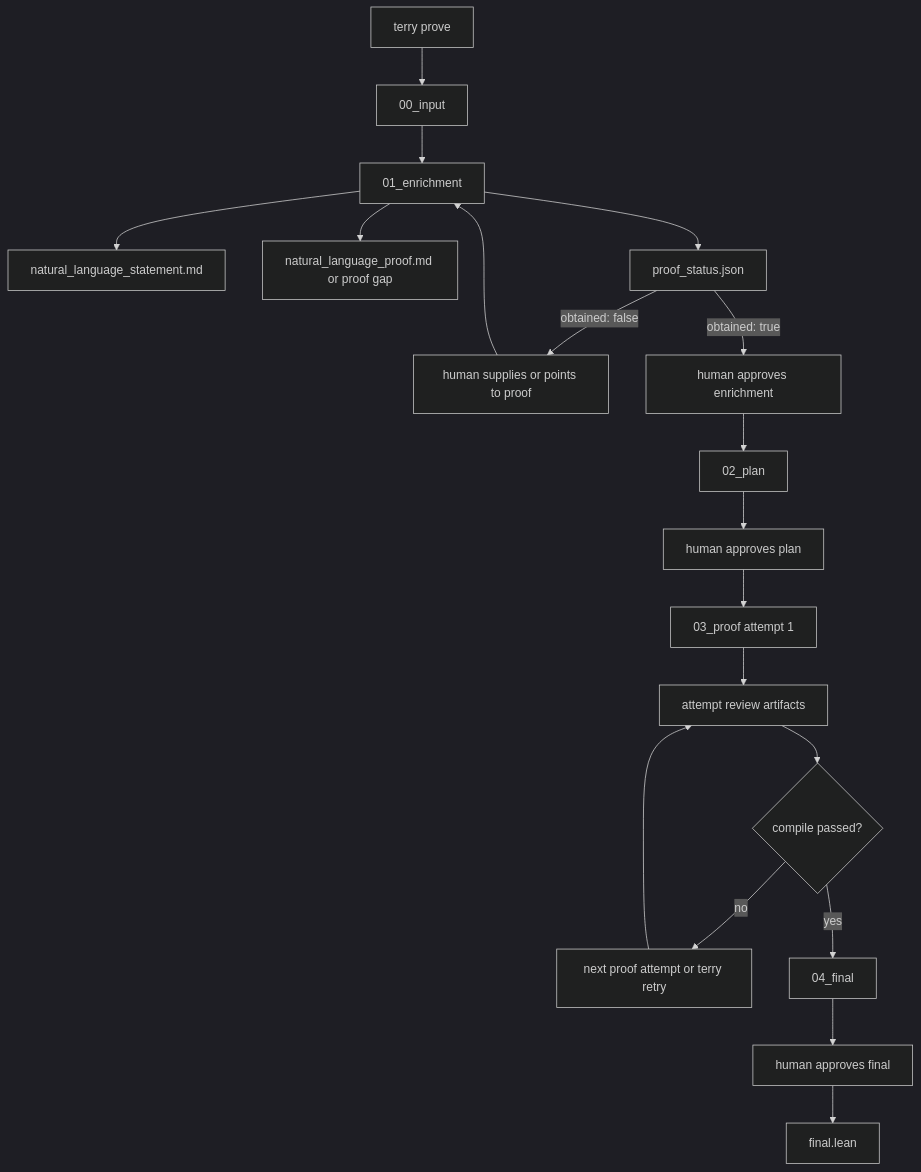
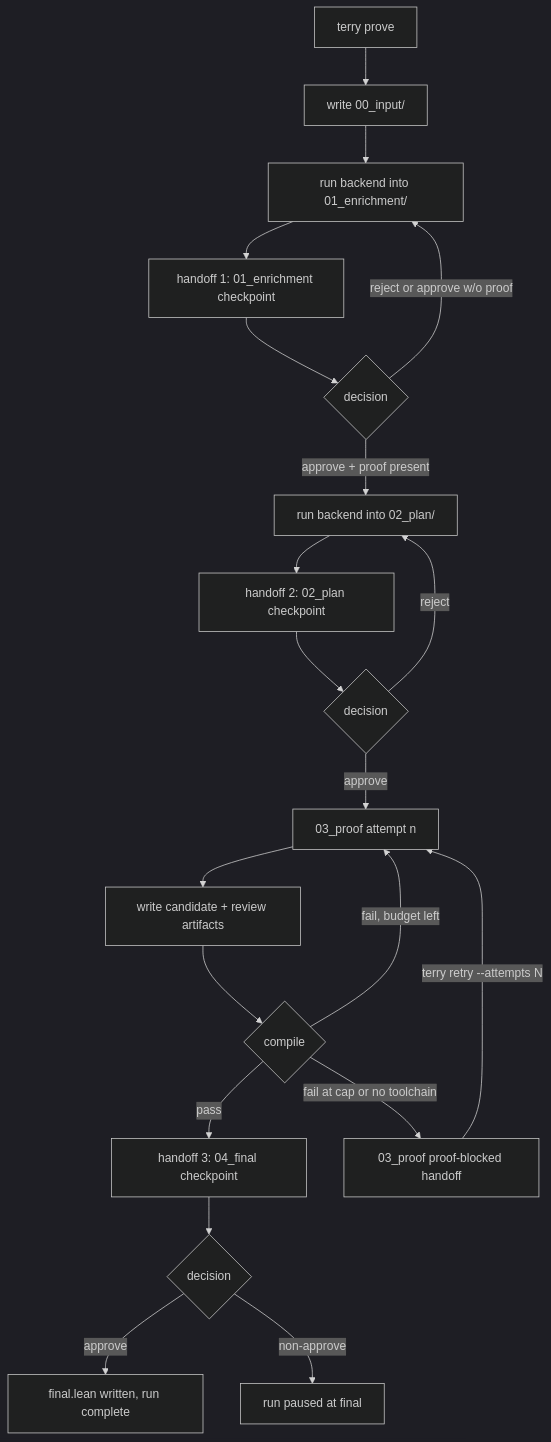
The diagram in README.md (Zhi0467/agent-assisted-lean-formalization-engine), drawn with Mermaid (dark theme) before and after one commit. The commit also changed other lines of this file and 328 other files, not shown here.

````diff
--- a/README.md
+++ b/README.md
@@ -20,21 +21,22 @@
 ```mermaid
 flowchart TD
-    A[terry prove] --> B[00_input]
-    B --> C[01_enrichment]
-    C --> C1[natural_language_statement.md]
-    C --> C2[natural_language_proof.md or proof gap]
-    C --> C3[proof_status.json]
-    C3 -->|obtained: false| C4[human supplies or points to proof]
-    C4 --> C
-    C3 -->|obtained: true| D[human approves enrichment]
-    D --> E[02_plan]
-    E --> F[human approves plan]
-    F --> G[03_proof attempt 1]
-    G --> H[attempt review artifacts]
-    H --> I{compile passed?}
-    I -->|no| J[next proof attempt or terry retry]
-    J --> H
-    I -->|yes| K[04_final]
-    K --> L[human approves final]
-    L --> M[final.lean]
+    start[terry prove] --> input[write 00_input/]
+    input --> enrich[run backend into 01_enrichment/]
+    enrich --> eh[handoff 1: 01_enrichment checkpoint]
+    eh --> ed{decision}
+    ed -->|approve + proof present| plan[run backend into 02_plan/]
+    ed -->|reject or approve w/o proof| enrich
+    plan --> ph[handoff 2: 02_plan checkpoint]
+    ph --> pd{decision}
+    pd -->|approve| attempt[03_proof attempt n]
+    pd -->|reject| plan
+    attempt --> review[write candidate + review artifacts]
+    review --> compile{compile}
+    compile -->|pass| review3[handoff 3: 04_final checkpoint]
+    compile -->|fail, budget left| attempt
+    compile -->|fail at cap or no toolchain| blocked[03_proof proof-blocked handoff]
+    blocked -->|terry retry --attempts N| attempt
+    review3 --> fd{decision}
+    fd -->|approve| done[final.lean written, run complete]
+    fd -->|non-approve| paused[run paused at final]
 ```
````
